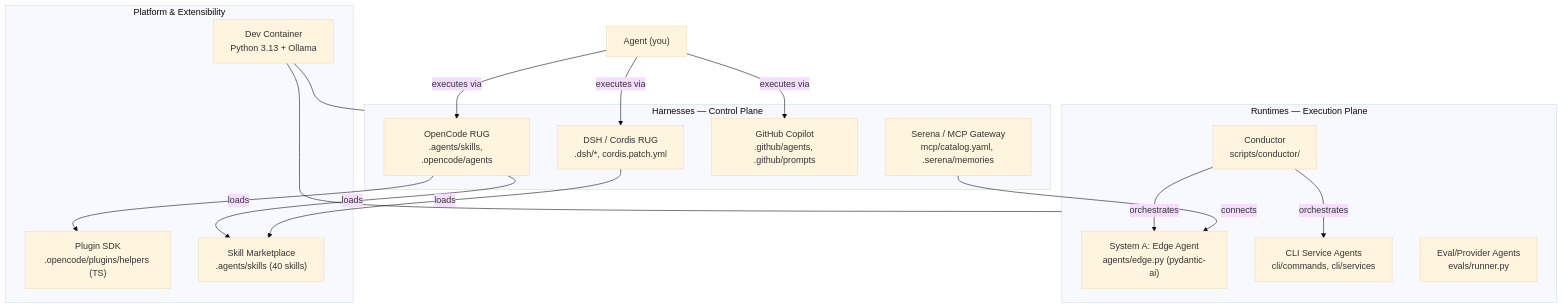
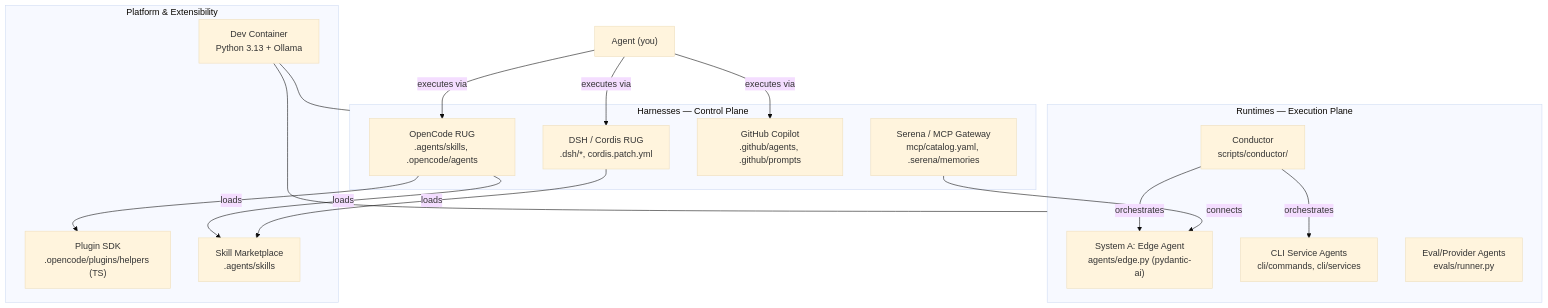
Before and after one commit to Th3Un1q3/edgent-smith: the diagram in AGENTS.md, drawn with Mermaid (base theme). The commit also changed other lines of this file and 72 other files, not shown here.

````diff
--- a/AGENTS.md
+++ b/AGENTS.md
@@ -12,32 +12,32 @@
 ```mermaid
 flowchart TB
     subgraph harnesses["Harnesses — Control Plane"]
         OpenCode["OpenCode RUG\n.agents/skills, .opencode/agents"]
         DSH["DSH / Cordis RUG\n.dsh/*, cordis.patch.yml"]
         Copilot["GitHub Copilot\n.github/agents, .github/prompts"]
         Serena["Serena / MCP Gateway\nmcp/catalog.yaml, .serena/memories"]
     end
     subgraph runtimes["Runtimes — Execution Plane"]
         EdgeA["System A: Edge Agent\nagents/edge.py (pydantic-ai)"]
         CLI["CLI Service Agents\ncli/commands, cli/services"]
         Evals["Eval/Provider Agents\nevals/runner.py"]
         Conductor["Conductor\nscripts/conductor/"]
     end
     subgraph platform["Platform & Extensibility"]
         DevContainer["Dev Container\nPython 3.13 + Ollama"]
         PluginSDK["Plugin SDK\n.opencode/plugins/helpers (TS)"]
-        Skills["Skill Marketplace\n.agents/skills (40 skills)"]
+        Skills["Skill Marketplace\n.agents/skills"]
     end
     Agent["Agent (you)"] -- executes via --> OpenCode
     Agent -- executes via --> DSH
     Agent -- executes via --> Copilot
     Conductor -- orchestrates --> EdgeA
     Conductor -- orchestrates --> CLI
     OpenCode -- loads --> PluginSDK
     OpenCode -- loads --> Skills
     DSH -- loads --> Skills
     Serena -- connects --> EdgeA
     DevContainer --- harnesses
     DevContainer --- runtimes
     DevContainer --- platform
 ```
````
